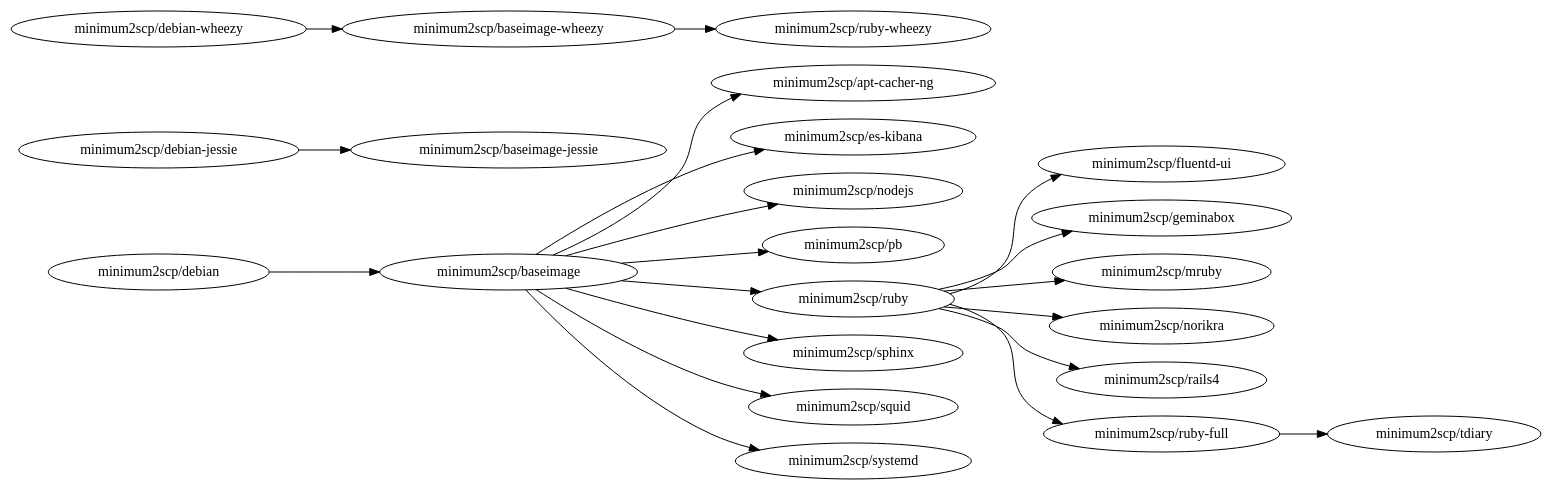
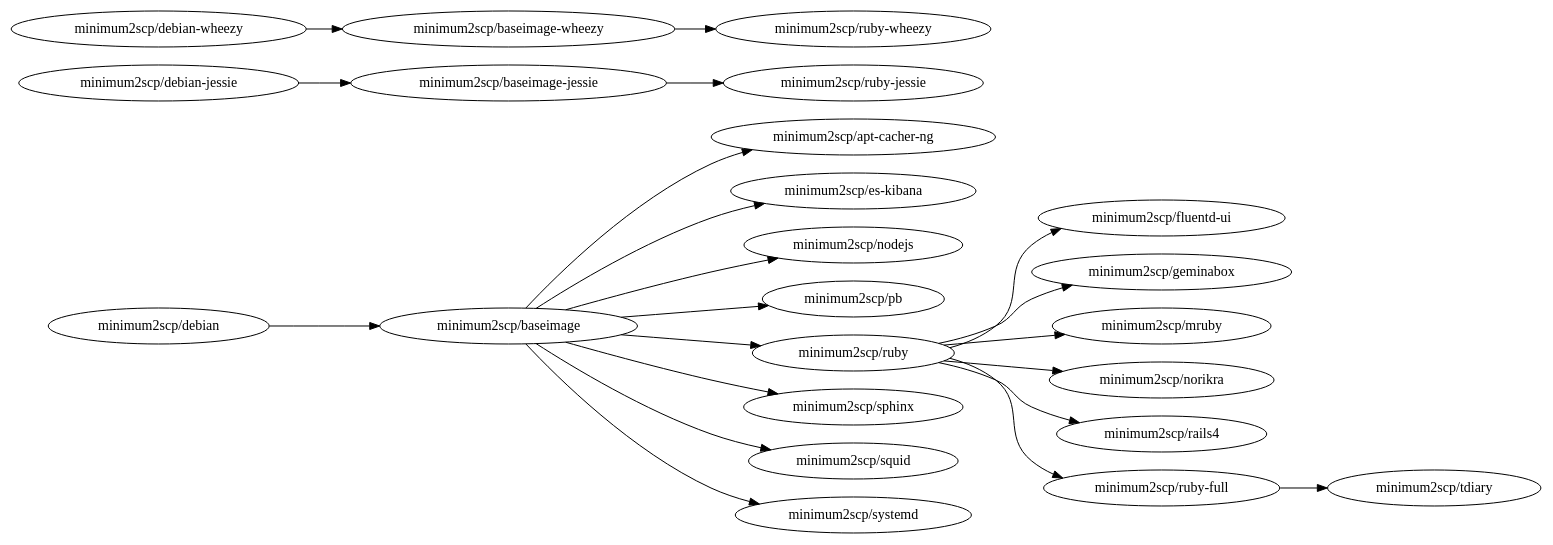
Before and after one commit to minimum2scp/dockerfiles: the diagram in deps.dot, drawn with Graphviz. The commit also changed 6 other files, not shown here.

Commit message:
add ruby-jessie image

```diff
--- a/deps.dot
+++ b/deps.dot
@@ -1,38 +1,40 @@
 digraph deps {
   graph        [rankdir = "LR"];
   ratio = auto;
 
 
   acng              [label = "minimum2scp/apt-cacher-ng"];
   baseimage         [label = "minimum2scp/baseimage"];
   baseimage_jessie  [label = "minimum2scp/baseimage-jessie"];
   baseimage_wheezy  [label = "minimum2scp/baseimage-wheezy"];
   debian            [label = "minimum2scp/debian"];
   debian_jessie     [label = "minimum2scp/debian-jessie"];
   debian_wheezy     [label = "minimum2scp/debian-wheezy"];
   es_kibana         [label = "minimum2scp/es-kibana"];
   fluentd_ui        [label = "minimum2scp/fluentd-ui"];
   geminabox         [label = "minimum2scp/geminabox"];
   mruby             [label = "minimum2scp/mruby"];
   nodejs            [label = "minimum2scp/nodejs"];
   norikra           [label = "minimum2scp/norikra"];
   pb                [label = "minimum2scp/pb"];
   rails4            [label = "minimum2scp/rails4"];
   ruby              [label = "minimum2scp/ruby"];
   ruby_full         [label = "minimum2scp/ruby-full"];
+  ruby_jessie       [label = "minimum2scp/ruby-jessie"];
   ruby_wheezy       [label = "minimum2scp/ruby-wheezy"];
   sphinx            [label = "minimum2scp/sphinx"];
   squid             [label = "minimum2scp/squid"];
   systemd           [label = "minimum2scp/systemd"];
   tdiary            [label = "minimum2scp/tdiary"];
 
   debian    -> baseimage;
   baseimage -> {acng, es_kibana, nodejs, pb, ruby, sphinx, squid, systemd};
   ruby      -> {fluentd_ui, geminabox, mruby, norikra, rails4, ruby_full};
   ruby_full -> {tdiary};
 
   debian_jessie    -> baseimage_jessie;
+  baseimage_jessie -> ruby_jessie;
 
   debian_wheezy    -> baseimage_wheezy;
   baseimage_wheezy -> ruby_wheezy;
 }
```
